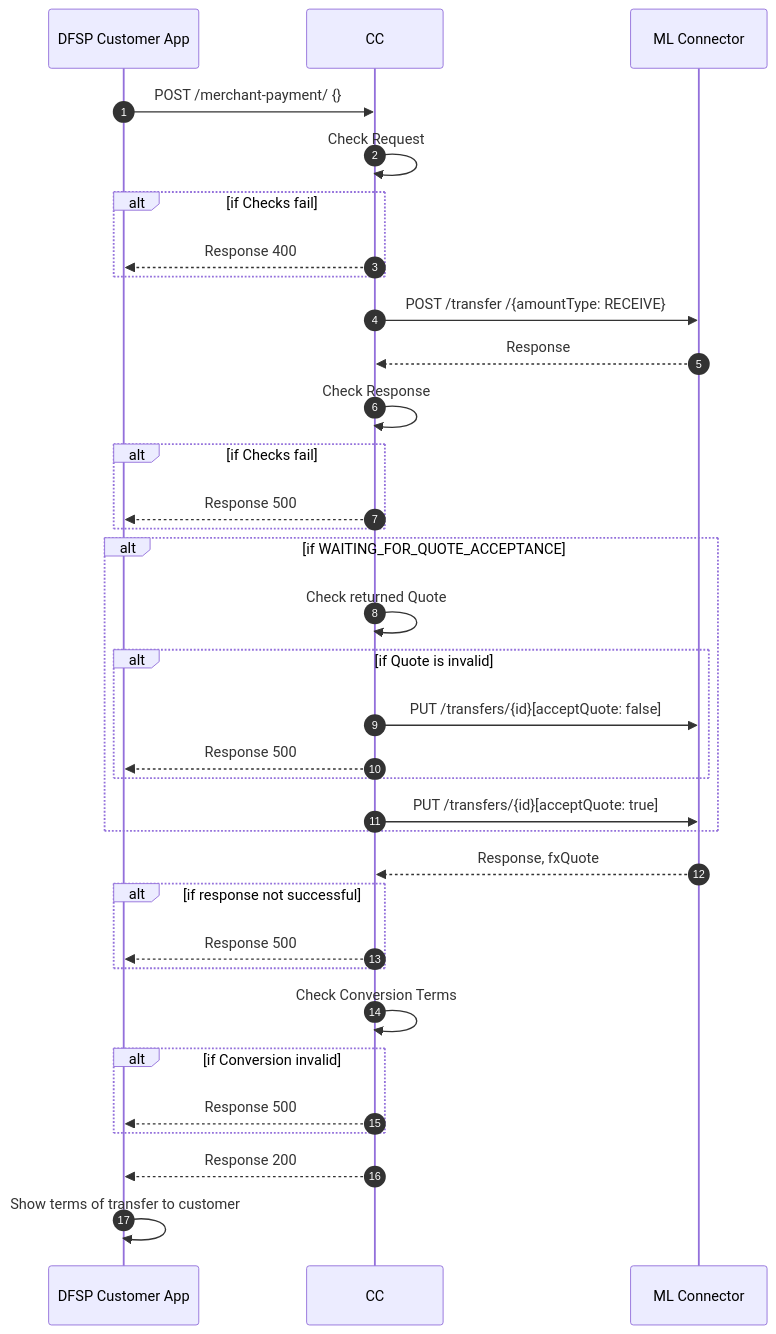
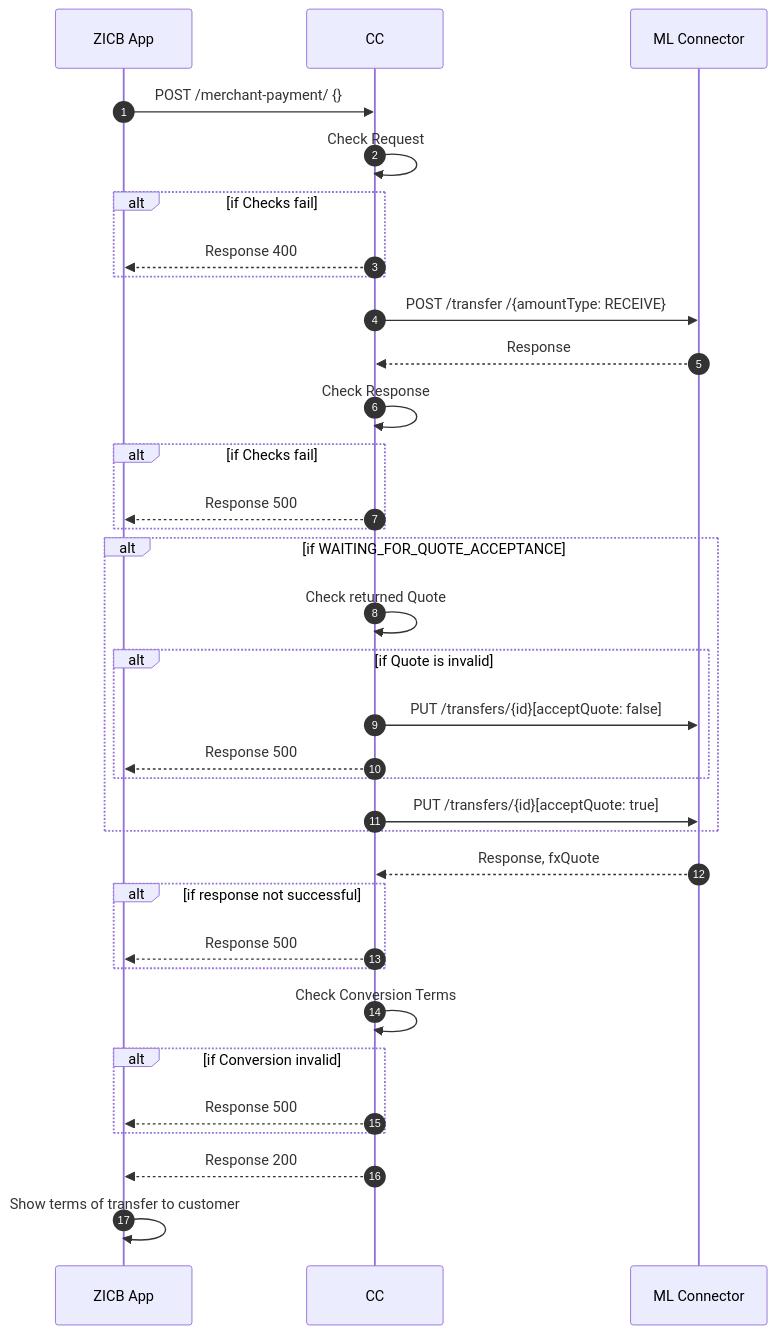
The diagram in zicb-zm-core-connector/docs/payer/payer-merchant-payment.md (mojaloop/ml-reference-connectors), drawn with Mermaid before and after one commit. The commit also changed 12 other files, not shown here.

Commit message:
chore: updated sequence diagrams

````diff
--- a/zicb-zm-core-connector/docs/payer/payer-merchant-payment.md
+++ b/zicb-zm-core-connector/docs/payer/payer-merchant-payment.md
@@ -5,34 +5,34 @@
 ```mermaid
 sequenceDiagram
   autoNumber
-  DFSP Customer App->>CC: POST /merchant-payment/ {}
+  ZICB App->>CC: POST /merchant-payment/ {}
   CC->>CC: Check Request
   Alt if Checks fail
-  CC-->>DFSP Customer App: Response 400
+  CC-->>ZICB App: Response 400
   End
   CC->>ML Connector: POST /transfer /{amountType: RECEIVE} 
   ML Connector-->>CC: Response
   CC->> CC: Check Response
   Alt if Checks fail
-  CC-->>DFSP Customer App: Response 500
+  CC-->>ZICB App: Response 500
   End
 
   Alt if WAITING_FOR_QUOTE_ACCEPTANCE
   CC->>CC: Check returned Quote
   Alt if Quote is invalid
   CC->>ML Connector: PUT /transfers/{id}[acceptQuote: false]
-  CC-->>DFSP Customer App: Response 500
+  CC-->>ZICB App: Response 500
   End
   CC->>ML Connector: PUT /transfers/{id}[acceptQuote: true]
   End
   ML Connector-->>CC:Response,  fxQuote
   Alt if response not successful
-  CC-->>DFSP Customer App: Response 500
+  CC-->>ZICB App: Response 500
   End
   CC->>CC: Check Conversion Terms
   Alt if Conversion invalid
-  CC-->>DFSP Customer App: Response 500
+  CC-->>ZICB App: Response 500
   End
-  CC-->>DFSP Customer App: Response 200
-  DFSP Customer App->>DFSP Customer App: Show terms of transfer to customer
+  CC-->>ZICB App: Response 200
+  ZICB App->>ZICB App: Show terms of transfer to customer
 ```
````
